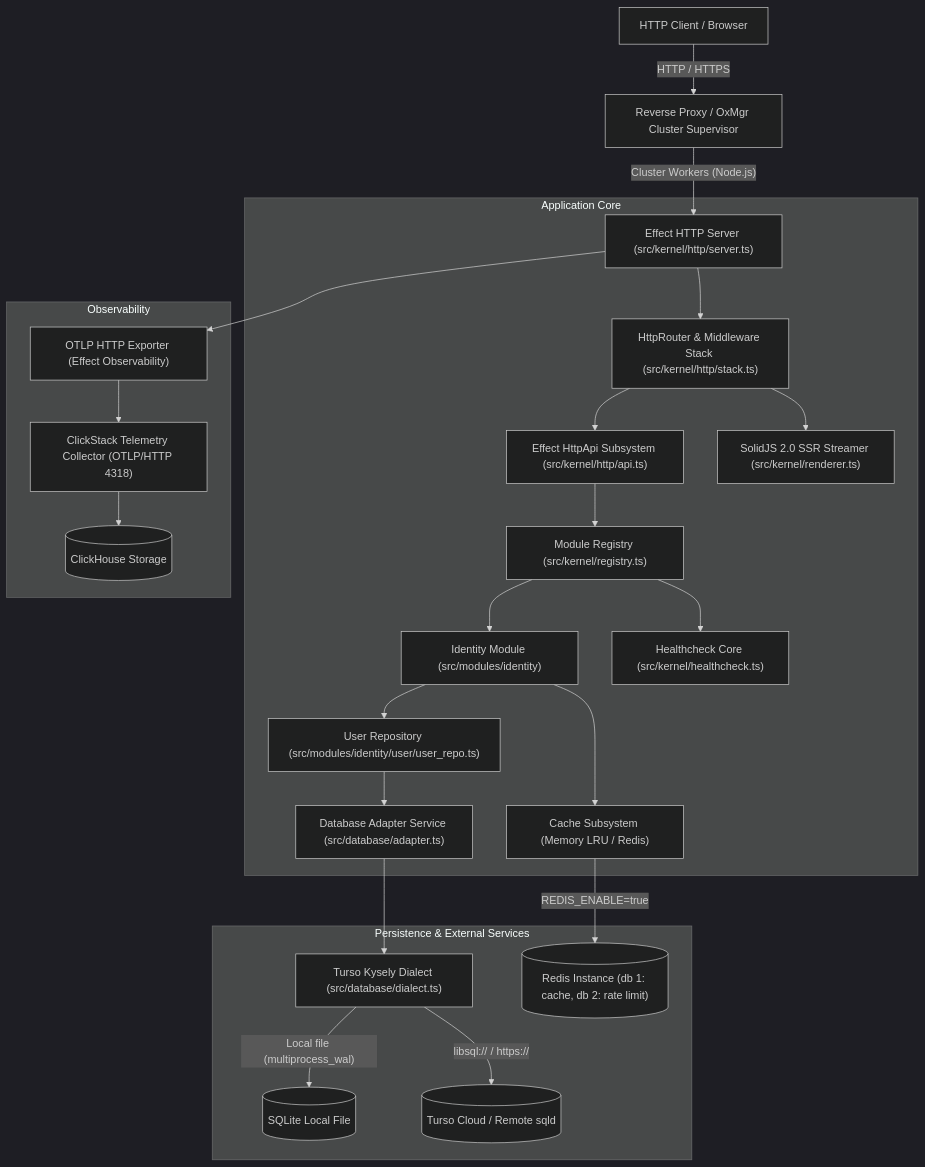
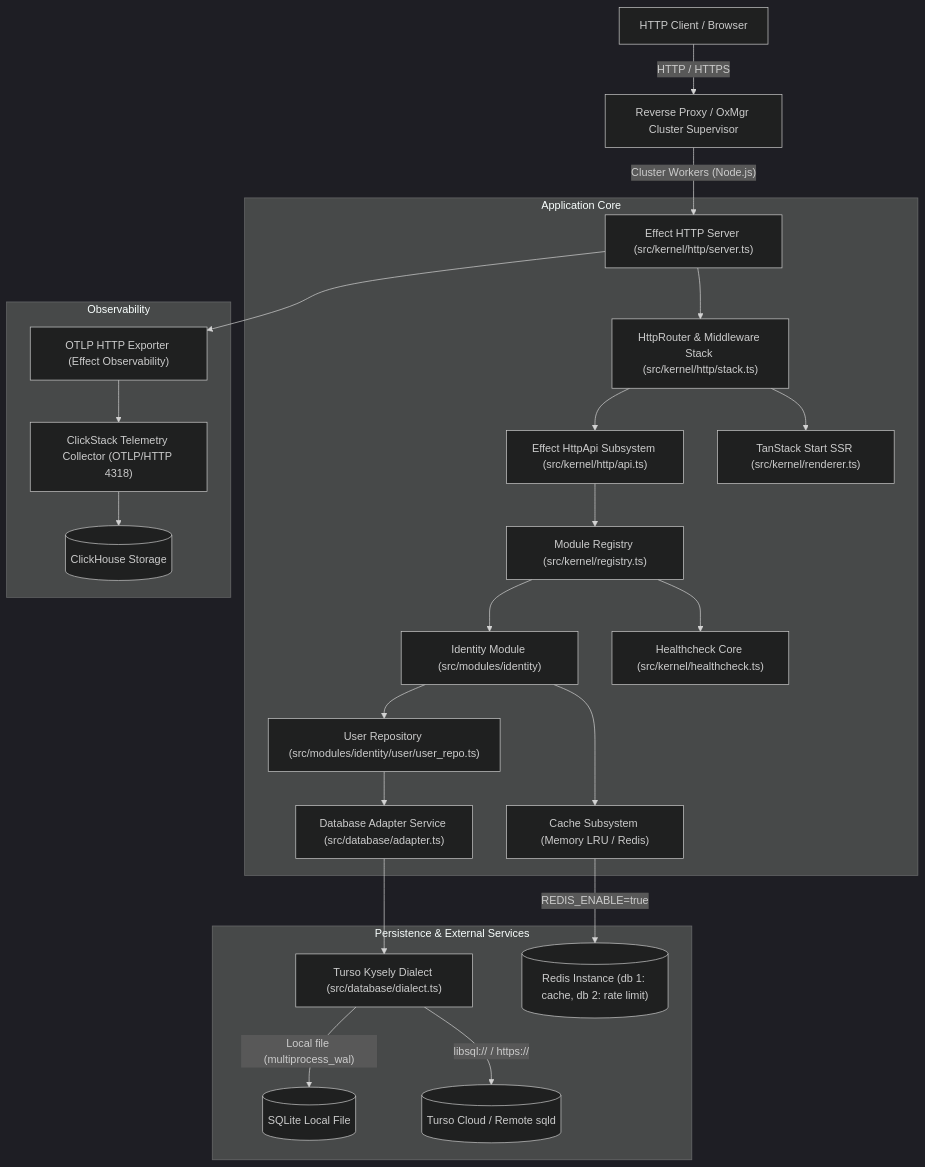
One commit to riipandi/edgy changed the diagram in .llms/shape.md. Above: the diagram before and after it, drawn with Mermaid (dark theme). The commit also changed other lines of this file and 9 other files, not shown here.

Commit message:
docs: record the React and TanStack Start page boundary

````diff
--- a/.llms/shape.md
+++ b/.llms/shape.md
@@ -7,32 +7,32 @@
 ```mermaid
 graph TD
     Client["HTTP Client / Browser"] -->|"HTTP / HTTPS"| Proxy["Reverse Proxy / OxMgr Cluster Supervisor"]
     Proxy -->|"Cluster Workers (Node.js)"| Server["Effect HTTP Server (src/kernel/http/server.ts)"]
     
     subgraph Core ["Application Core"]
         Server --> Router["HttpRouter & Middleware Stack (src/kernel/http/stack.ts)"]
         Router --> API["Effect HttpApi Subsystem (src/kernel/http/api.ts)"]
-        Router --> SSR["SolidJS 2.0 SSR Streamer (src/kernel/renderer.ts)"]
+        Router --> SSR["TanStack Start SSR (src/kernel/renderer.ts)"]
         
         API --> Reg["Module Registry (src/kernel/registry.ts)"]
         Reg --> Identity["Identity Module (src/modules/identity)"]
         Reg --> Health["Healthcheck Core (src/kernel/healthcheck.ts)"]
         
         Identity --> Repo["User Repository (src/modules/identity/user/user_repo.ts)"]
         Repo --> DBAdapter["Database Adapter Service (src/database/adapter.ts)"]
         Identity --> CacheService["Cache Subsystem (Memory LRU / Redis)"]
     end
 
     subgraph Storage ["Persistence & External Services"]
         DBAdapter --> Dialect["Turso Kysely Dialect (src/database/dialect.ts)"]
         Dialect -->|"Local file (multiprocess_wal)"| LocalDB[("SQLite Local File")]
         Dialect -->|"libsql:// / https://"| RemoteDB[("Turso Cloud / Remote sqld")]
         CacheService -->|"REDIS_ENABLE=true"| RedisStore[("Redis Instance (db 1: cache, db 2: rate limit)")]
     end
 
     subgraph Telemetry ["Observability"]
         Server --> OTLP["OTLP HTTP Exporter (Effect Observability)"]
         OTLP --> Collector["ClickStack Telemetry Collector (OTLP/HTTP 4318)"]
         Collector --> ClickHouse[("ClickHouse Storage")]
     end
 ```
````
